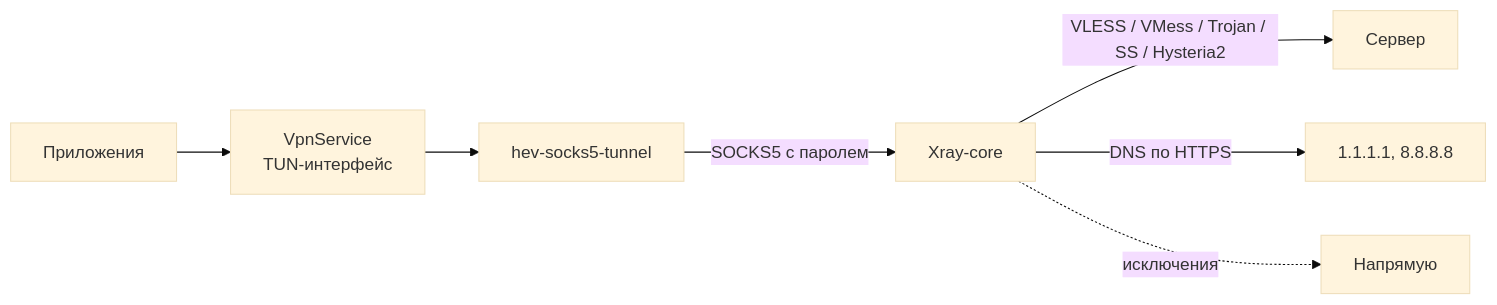
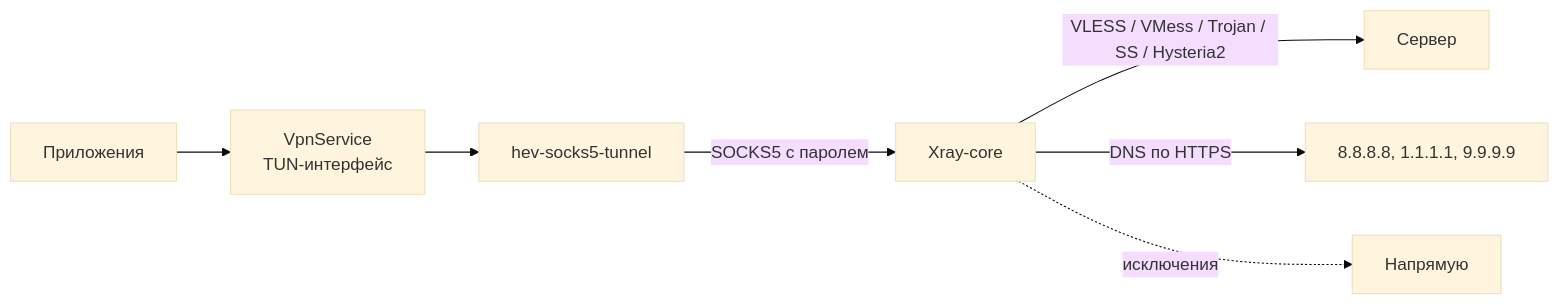
Before and after one commit to farvater-app/farvater: the diagram in README.md, drawn with Mermaid (base theme). The commit also changed other lines of this file and 4 other files, not shown here.

````diff
--- a/README.md
+++ b/README.md
@@ -588,9 +603,9 @@
 ```mermaid
 flowchart LR
     apps["Приложения"] --> tun["VpnService<br/>TUN-интерфейс"]
     tun --> hev["hev-socks5-tunnel"]
     hev -- "SOCKS5 с паролем" --> xray["Xray-core"]
     xray -- "VLESS / VMess / Trojan / SS / Hysteria2" --> server["Сервер"]
-    xray -- "DNS по HTTPS" --> doh["1.1.1.1, 8.8.8.8"]
+    xray -- "DNS по HTTPS" --> doh["8.8.8.8, 1.1.1.1, 9.9.9.9"]
     xray -. "исключения" .-> direct["Напрямую"]
 ```
````
